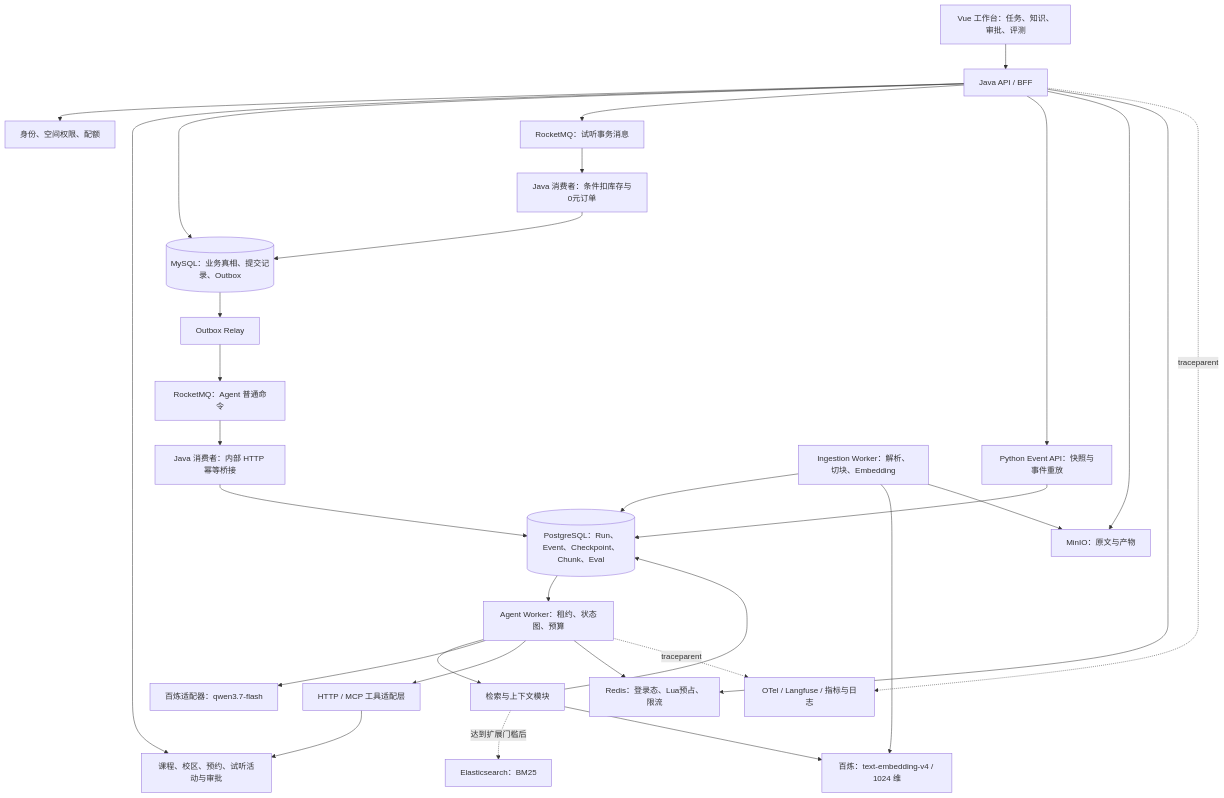
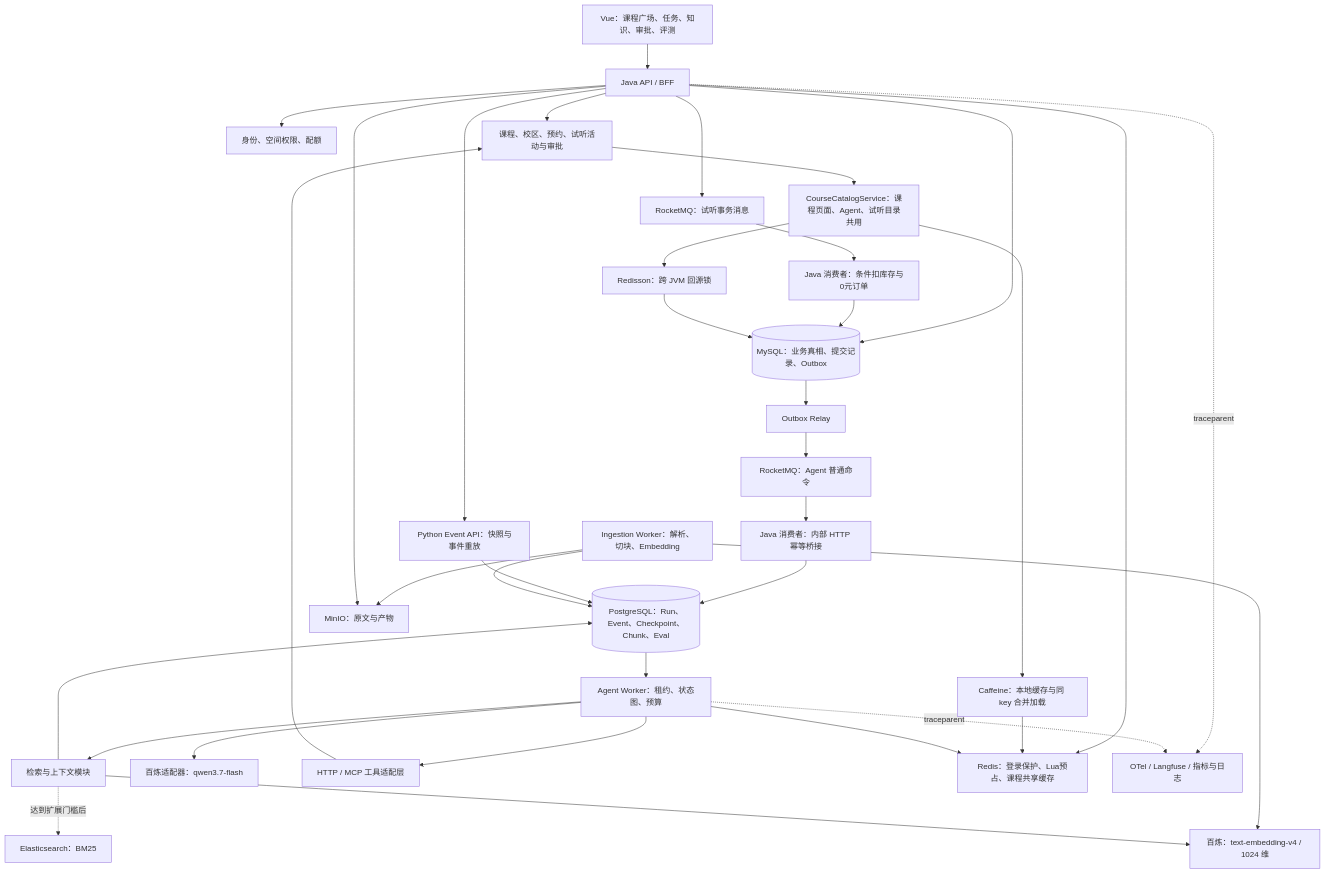
Before and after one commit to Chen166-cloud/zhikexing-backend: the first of 3 diagrams in docs/upgrade-plan/2027-AI-Agent-改造研发方案.md, drawn with Mermaid. The commit also changed other lines of this file and 52 other files, not shown here.

Commit message:
feat: add auth protection and two-level course catalog cache

```diff
--- a/docs/upgrade-plan/2027-AI-Agent-改造研发方案.md
+++ b/docs/upgrade-plan/2027-AI-Agent-改造研发方案.md
@@ -152,32 +158,37 @@
 ~~~mermaid
 flowchart TB
-    UI["Vue 工作台：任务、知识、审批、评测"] --> API["Java API / BFF"]
+    UI["Vue：课程广场、任务、知识、审批、评测"] --> API["Java API / BFF"]
     API --> AUTH["身份、空间权限、配额"]
     API --> BIZ["课程、校区、预约、试听活动与审批"]
     API --> MYSQL[("MySQL：业务真相、提交记录、Outbox")]
     MYSQL --> RELAY["Outbox Relay"]
     RELAY --> MQ["RocketMQ：Agent 普通命令"]
     MQ --> BRIDGE["Java 消费者：内部 HTTP 幂等桥接"]
     BRIDGE --> PG[("PostgreSQL：Run、Event、Checkpoint、Chunk、Eval")]
     API --> TXMQ["RocketMQ：试听事务消息"]
     TXMQ --> ORDER["Java 消费者：条件扣库存与0元订单"]
     ORDER --> MYSQL
     PG --> WORKER["Agent Worker：租约、状态图、预算"]
     WORKER --> RETRIEVE["检索与上下文模块"]
     RETRIEVE --> PG
     RETRIEVE -. "达到扩展门槛后" .-> ES["Elasticsearch：BM25"]
     WORKER --> MODEL["百炼适配器：qwen3.7-flash"]
     WORKER --> TOOL["HTTP / MCP 工具适配层"]
     TOOL --> BIZ
     API --> STREAM["Python Event API：快照与事件重放"]
     STREAM --> PG
     INGEST["Ingestion Worker：解析、切块、Embedding"] --> PG
     INGEST --> EMBED["百炼：text-embedding-v4 / 1024 维"]
     RETRIEVE --> EMBED
     INGEST --> OSS["MinIO：原文与产物"]
     API --> OSS
-    API --> REDIS["Redis：登录态、Lua预占、限流"]
+    API --> REDIS["Redis：登录保护、Lua预占、课程共享缓存"]
+    BIZ --> CATALOG["CourseCatalogService：课程页面、Agent、试听目录共用"]
+    CATALOG --> L1["Caffeine：本地缓存与同 key 合并加载"]
+    L1 --> REDIS
+    CATALOG --> LOCK["Redisson：跨 JVM 回源锁"]
+    LOCK --> MYSQL
     WORKER --> REDIS
     API -. "traceparent" .-> OBS["OTel / Langfuse / 指标与日志"]
     WORKER -. "traceparent" .-> OBS
 ~~~
```
